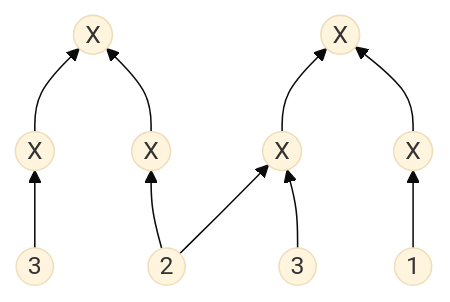
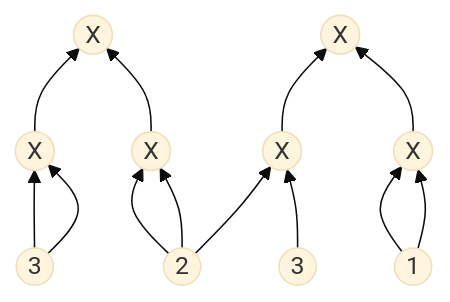
Before and after one commit to linyu-senior/zk: the second of 2 diagrams in 第四章/60.md, drawn with Mermaid (base theme). The commit also changed other lines of this file and 2 other files, not shown here.

````diff
--- a/第四章/60.md
+++ b/第四章/60.md
@@ -47,25 +50,29 @@
 ```mermaid
 graph BT
 
 
     %% 第二层左子树
     LL((X)) --> L((X))
     LR((X)) --> L((X))
 
     %% 第二层右子树
     RL((X)) --> R((X))
     RR((X)) --> R((X))
 
     %% 第三层左左子树
     X1((3)) --> LL
+    X1((3)) --> LL
 
     %% 第三层左子树
     X21((2)) --> LR
+    X21((2)) --> LR
+
     X21((2)) --> RL
 
     %% 第三层右子树
     X11((3)) --> RL
 
     %% 第三层右右子树
     X4((1)) --> RR
+    X4((1)) --> RR
 ```
````
